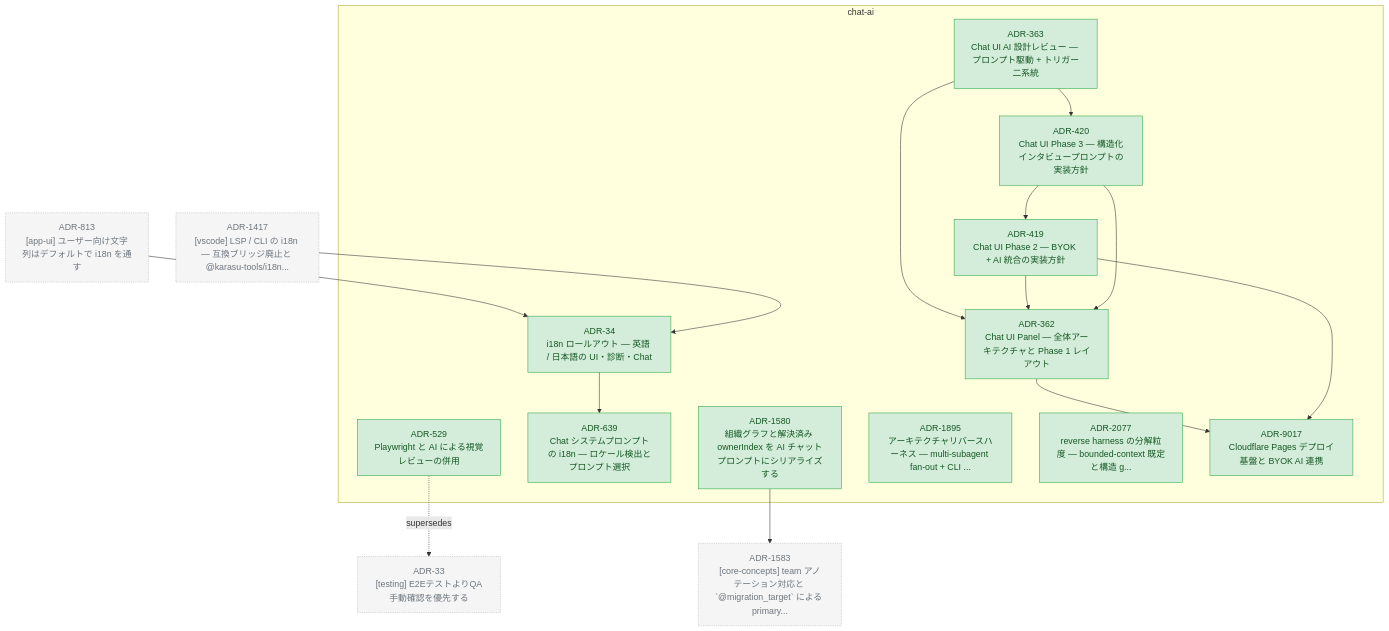
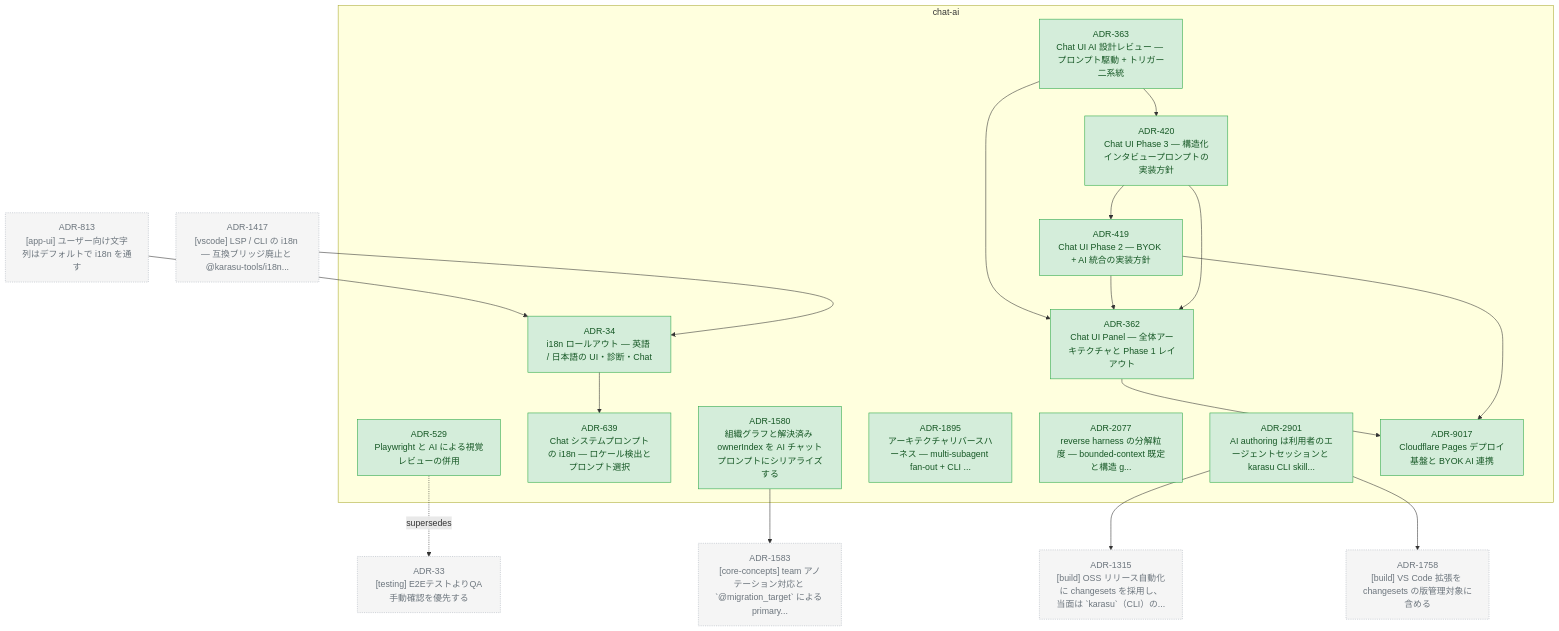
One commit to kompiro/karasu changed the diagram in docs/adr/graph/chat-ai.md. Above: the diagram before and after it, drawn with Mermaid. The commit also changed 7 other files, not shown here.

````diff
--- a/docs/adr/graph/chat-ai.md
+++ b/docs/adr/graph/chat-ai.md
@@ -6,54 +6,62 @@
 ```mermaid
 flowchart TD
   subgraph chat-ai["chat-ai"]
     ADR_34["ADR-34<br/>i18n ロールアウト — 英語 / 日本語の UI・診断・Chat"]
     ADR_362["ADR-362<br/>Chat UI Panel — 全体アーキテクチャと Phase 1 レイアウト"]
     ADR_363["ADR-363<br/>Chat UI AI 設計レビュー — プロンプト駆動 + トリガー二系統"]
     ADR_419["ADR-419<br/>Chat UI Phase 2 — BYOK + AI 統合の実装方針"]
     ADR_420["ADR-420<br/>Chat UI Phase 3 — 構造化インタビュープロンプトの実装方針"]
     ADR_529["ADR-529<br/>Playwright と AI による視覚レビューの併用"]
     ADR_639["ADR-639<br/>Chat システムプロンプトの i18n — ロケール検出とプロンプト選択"]
     ADR_1580["ADR-1580<br/>組織グラフと解決済み ownerIndex を AI チャットプロンプトにシリアライズする"]
     ADR_1895["ADR-1895<br/>アーキテクチャリバースハーネス — multi-subagent fan-out + CLI ..."]
     ADR_2077["ADR-2077<br/>reverse harness の分解粒度 — bounded-context 既定と構造 g..."]
+    ADR_2901["ADR-2901<br/>AI authoring は利用者のエージェントセッションと karasu CLI skill..."]
     ADR_9017["ADR-9017<br/>Cloudflare Pages デプロイ基盤と BYOK AI 連携"]
   end
   ADR_33["ADR-33<br/>[testing] E2EテストよりQA手動確認を優先する"]
   ADR_813["ADR-813<br/>[app-ui] ユーザー向け文字列はデフォルトで i18n を通す"]
+  ADR_1315["ADR-1315<br/>[build] OSS リリース自動化に changesets を採用し、当面は `karasu`（CLI）の..."]
   ADR_1417["ADR-1417<br/>[vscode] LSP / CLI の i18n — 互換ブリッジ廃止と @karasu-tools/i18n..."]
   ADR_1583["ADR-1583<br/>[core-concepts] team アノテーション対応と `@migration_target` による primary..."]
+  ADR_1758["ADR-1758<br/>[build] VS Code 拡張を changesets の版管理対象に含める"]
   ADR_34 --> ADR_639
   ADR_362 --> ADR_9017
   ADR_363 --> ADR_362
   ADR_363 --> ADR_420
   ADR_419 --> ADR_362
   ADR_419 --> ADR_9017
   ADR_420 --> ADR_419
   ADR_420 --> ADR_362
   ADR_1580 --> ADR_1583
+  ADR_2901 --> ADR_1315
+  ADR_2901 --> ADR_1758
   ADR_813 --> ADR_34
   ADR_1417 --> ADR_34
   ADR_529 -.supersedes.-> ADR_33
 
   classDef accepted fill:#d4edda,stroke:#28a745,color:#155724
   classDef proposed fill:#fff3cd,stroke:#ffc107,color:#856404
   classDef deprecated fill:#f8d7da,stroke:#dc3545,color:#721c24
   classDef superseded fill:#e2e3e5,stroke:#6c757d,color:#383d41
   classDef not_adopted fill:#e2e3e5,stroke:#6c757d,color:#383d41,stroke-dasharray:3 3
   classDef ghost fill:#f5f5f5,stroke:#adb5bd,color:#6c757d,stroke-dasharray:2 2
   class ADR_34 accepted
   class ADR_362 accepted
   class ADR_363 accepted
   class ADR_419 accepted
   class ADR_420 accepted
   class ADR_529 accepted
   class ADR_639 accepted
   class ADR_1580 accepted
   class ADR_1895 accepted
   class ADR_2077 accepted
+  class ADR_2901 accepted
   class ADR_9017 accepted
   class ADR_33 ghost
   class ADR_813 ghost
+  class ADR_1315 ghost
   class ADR_1417 ghost
   class ADR_1583 ghost
+  class ADR_1758 ghost
 ```
````
